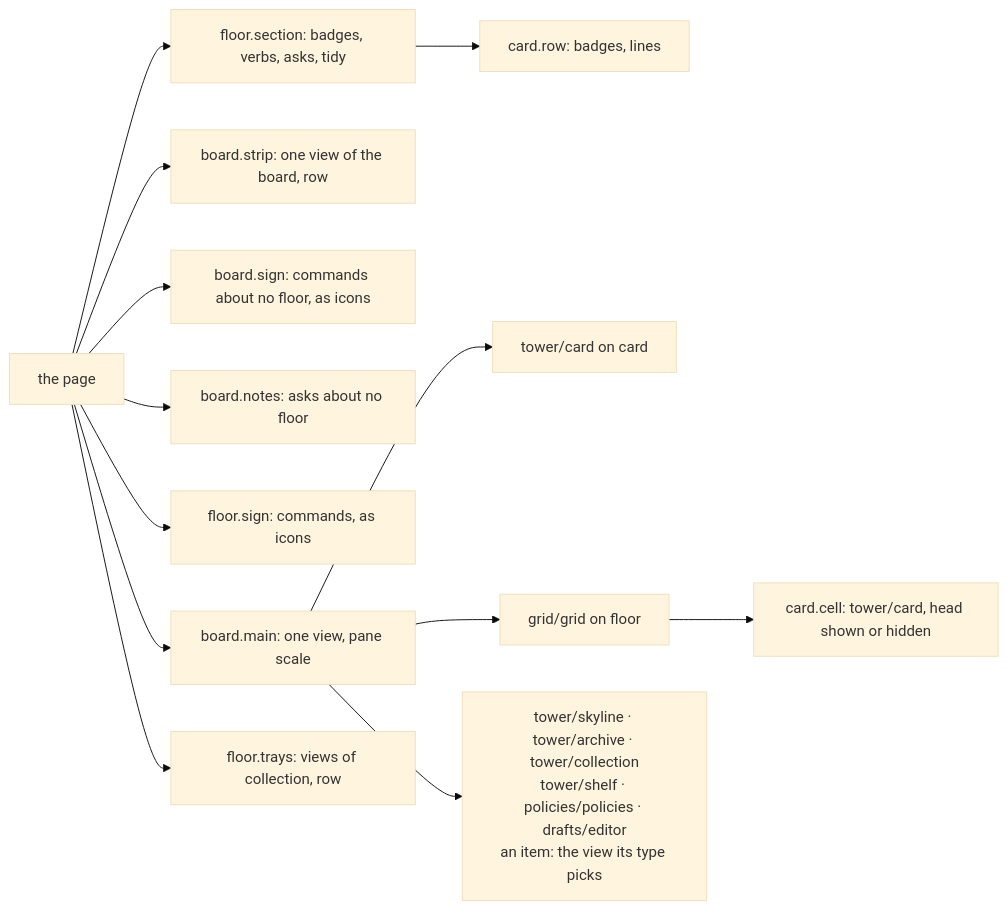
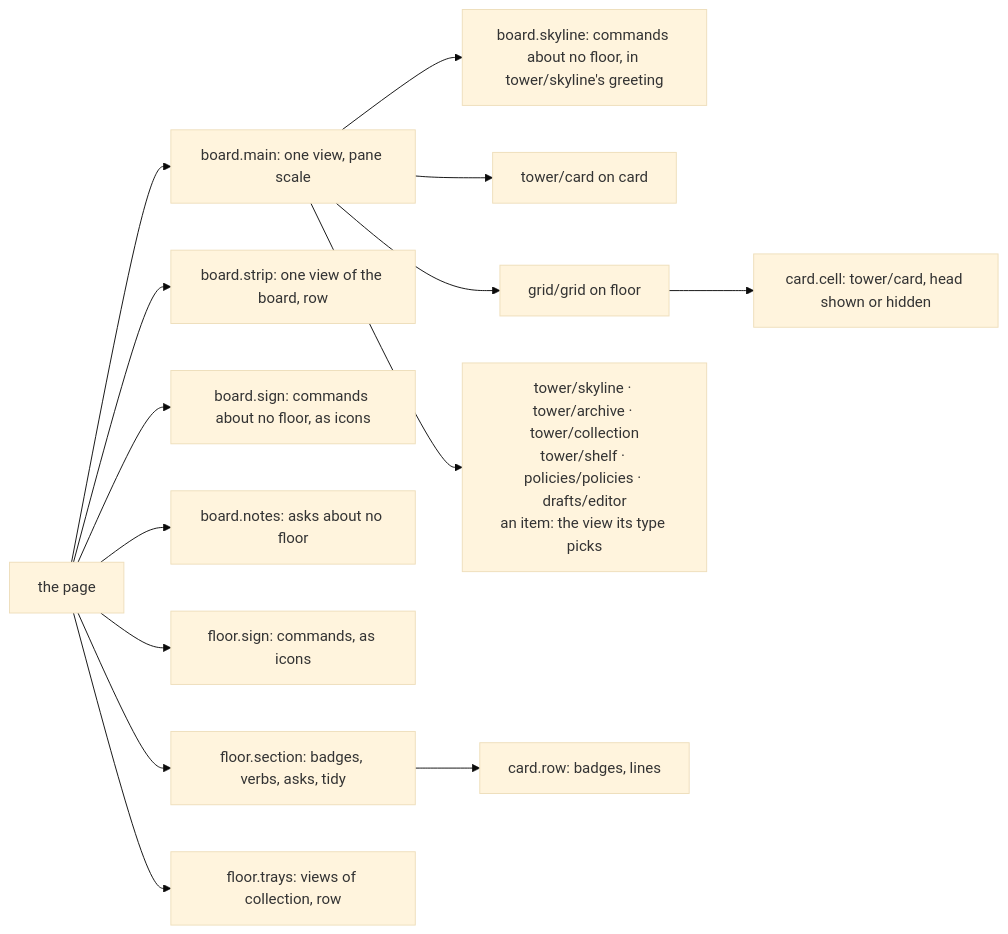
One commit to RegiByte/the-tower changed the second of 4 diagrams in kb/entities/decisions/ui-model.md. Above: the diagram before and after it, drawn with Mermaid (base theme). The commit also changed 4 other files, not shown here.

First line of the commit message:
kb: the guides extension, its tower-wide collection and the skyline's region

````diff
--- a/kb/entities/decisions/ui-model.md
+++ b/kb/entities/decisions/ui-model.md
@@ -284,15 +284,16 @@
 ```mermaid
 flowchart LR
   board["the page"] --> main["board.main: one view, pane scale"]
   board --> strip["board.strip: one view of the board, row"]
   board --> bsign["board.sign: commands about no floor, as icons"]
+  main --> sky["board.skyline: commands about no floor, in tower/skyline's greeting"]
   board --> notes["board.notes: asks about no floor"]
   board --> sign["floor.sign: commands, as icons"]
   board --> fsec["floor.section: badges, verbs, asks, tidy"]
   fsec --> row["card.row: badges, lines"]
   board --> trays["floor.trays: views of collection, row"]
   main --> card["tower/card on card"]
   main --> grid["grid/grid on floor"]
   main --> others["tower/skyline · tower/archive · tower/collection<br/>tower/shelf · policies/policies · drafts/editor<br/>an item: the view its type picks"]
   grid --> cell["card.cell: tower/card, head shown or hidden"]
 ```
````
